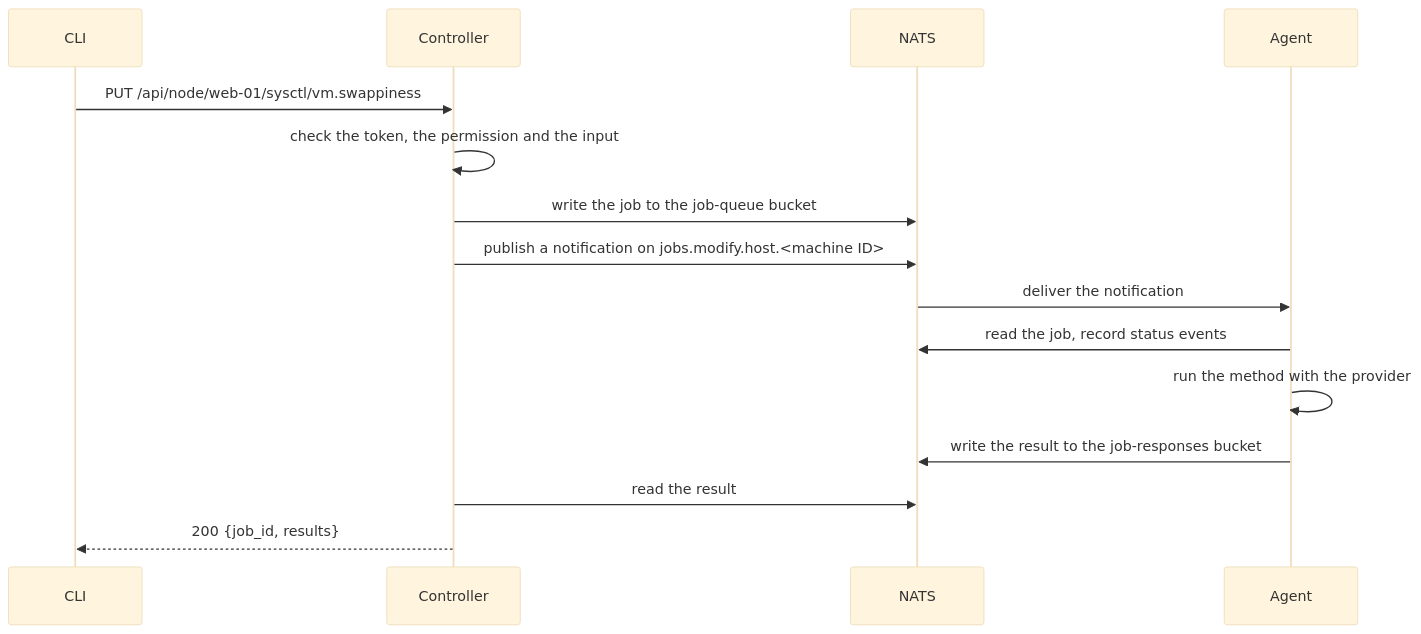
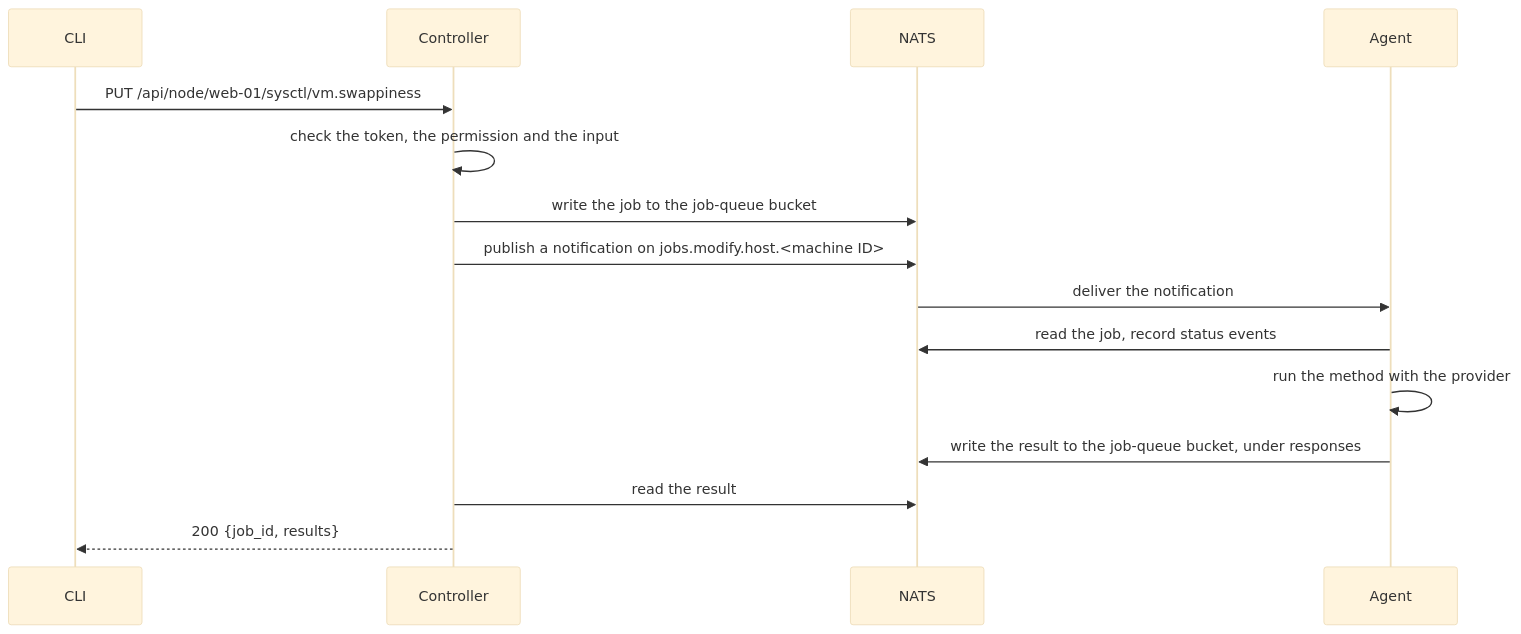
Before and after one commit to osapi-io/osapi: the diagram in docs/docs/sidebar/architecture/request-flow.md, drawn with Mermaid (base theme). The commit also changed 22 other files, not shown here.

First line of the commit message:
fix(job): remove the job-responses bucket, which nothing writes

````diff
--- a/docs/docs/sidebar/architecture/request-flow.md
+++ b/docs/docs/sidebar/architecture/request-flow.md
@@ -12,18 +12,18 @@
 ```mermaid
 sequenceDiagram
     participant CLI
     participant C as Controller
     participant N as NATS
     participant A as Agent
 
     CLI->>C: PUT /api/node/web-01/sysctl/vm.swappiness
     C->>C: check the token, the permission and the input
     C->>N: write the job to the job-queue bucket
     C->>N: publish a notification on jobs.modify.host.<machine ID>
     N->>A: deliver the notification
     A->>N: read the job, record status events
     A->>A: run the method with the provider
-    A->>N: write the result to the job-responses bucket
+    A->>N: write the result to the job-queue bucket, under responses
     C->>N: read the result
     C-->>CLI: 200 {job_id, results}
 ```
````
